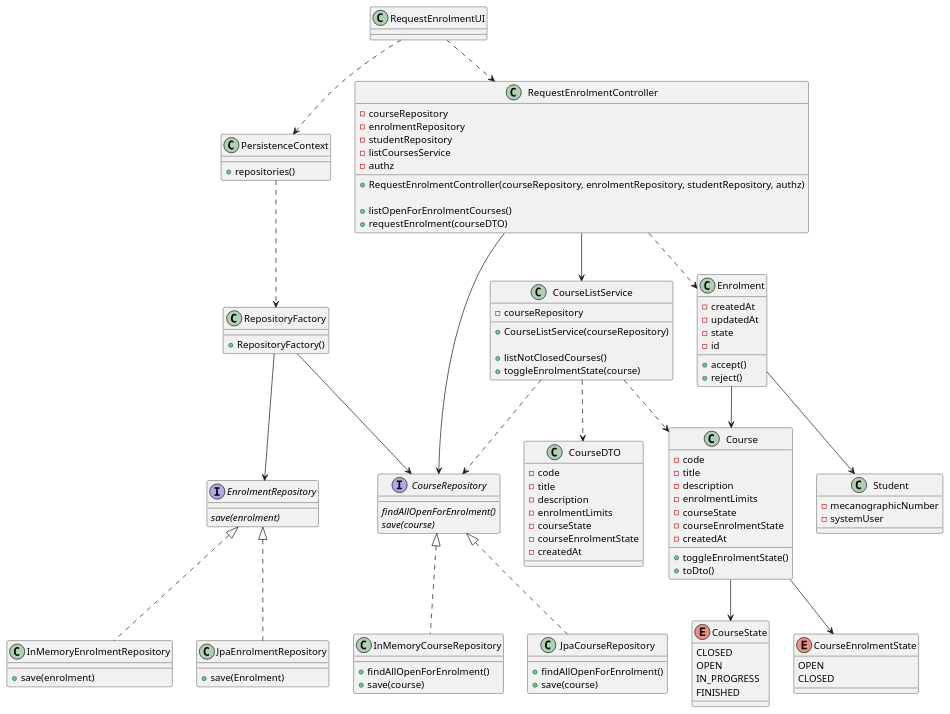
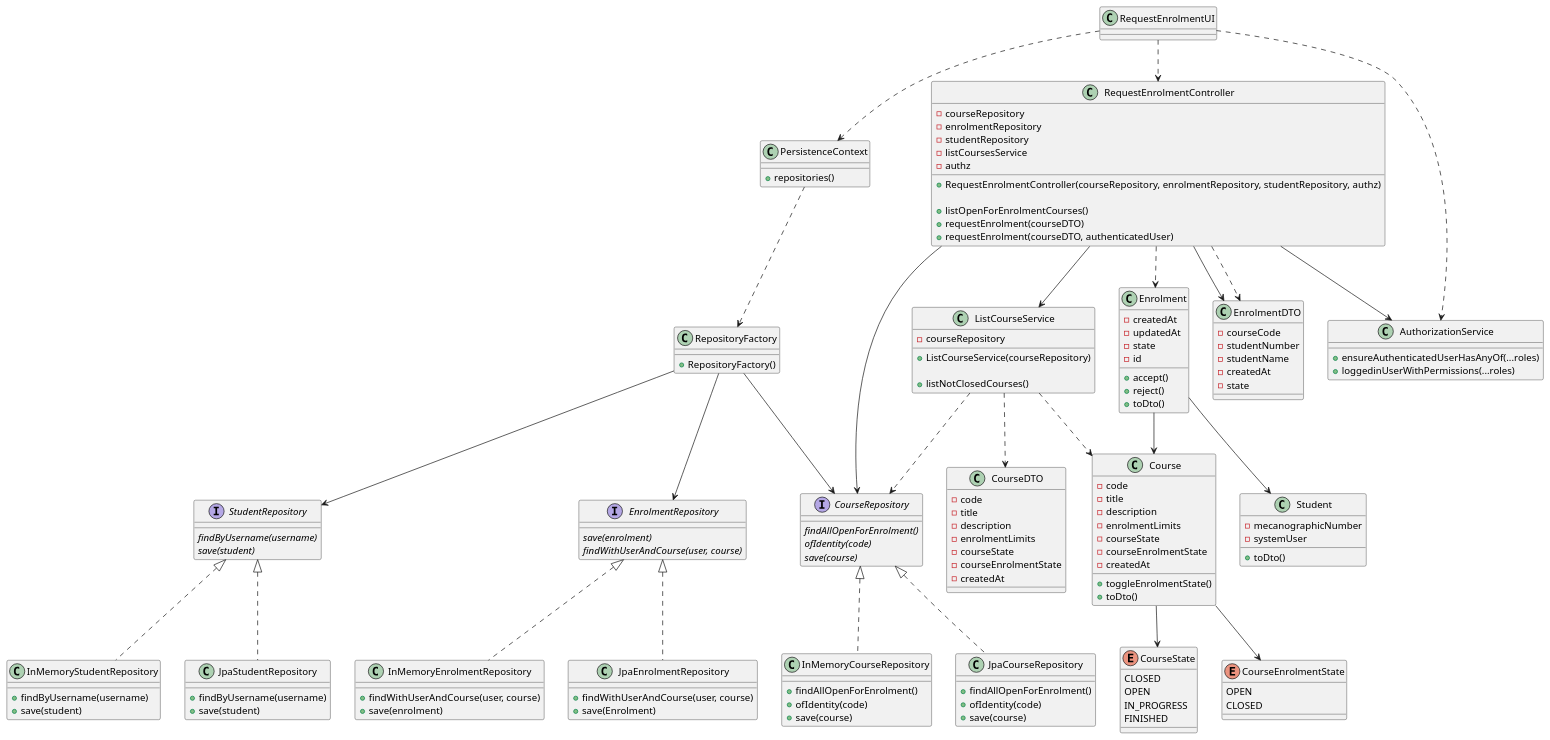
One commit to miseEnPlace-dev/lapr4 changed the diagram in docs/sprint-b/us14-1008/US1008_CD.puml. Above: the diagram before and after it, drawn with PlantUML. The commit also changed 36 other files, not shown here.

Commit message:
chore(docs): updated diagrams

```diff
--- a/docs/sprint-b/us14-1008/US1008_CD.puml
+++ b/docs/sprint-b/us14-1008/US1008_CD.puml
@@ -1,137 +1,184 @@
 @startuml US1003_CD
 
 class RepositoryFactory {
   + RepositoryFactory()
 }
 
 interface CourseRepository {
   {abstract} findAllOpenForEnrolment()
+  {abstract} ofIdentity(code)
   {abstract} save(course)
 }
 
 class InMemoryCourseRepository {
   + findAllOpenForEnrolment()
+  + ofIdentity(code)
   + save(course)
 }
 
 class JpaCourseRepository {
   + findAllOpenForEnrolment()
+  + ofIdentity(code)
   + save(course)
+}
+
+interface StudentRepository {
+  {abstract} findByUsername(username)
+  {abstract} save(student)
+}
+
+class InMemoryStudentRepository {
+  + findByUsername(username)
+  + save(student)
+}
+
+class JpaStudentRepository {
+  + findByUsername(username)
+  + save(student)
 }
 
 interface EnrolmentRepository {
   {abstract} save(enrolment)
+  {abstract} findWithUserAndCourse(user, course)
 }
 
 class InMemoryEnrolmentRepository {
+  + findWithUserAndCourse(user, course)
   + save(enrolment)
 }
 
 class JpaEnrolmentRepository {
+  + findWithUserAndCourse(user, course)
   + save(Enrolment)
 }
 
 class PersistenceContext {
   + repositories()
 }
 
-class CourseListService {
+class ListCourseService {
   - courseRepository
 
-  + CourseListService(courseRepository)
+  + ListCourseService(courseRepository)
 
   + listNotClosedCourses()
-  + toggleEnrolmentState(course)
 }
 
 class RequestEnrolmentUI {}
 
 class RequestEnrolmentController {
   - courseRepository
   - enrolmentRepository
   - studentRepository
   - listCoursesService
   - authz
 
   + RequestEnrolmentController(courseRepository, enrolmentRepository, studentRepository, authz)
 
   + listOpenForEnrolmentCourses()
   + requestEnrolment(courseDTO)
+  + requestEnrolment(courseDTO, authenticatedUser)
+}
+
+class AuthorizationService {
+  + ensureAuthenticatedUserHasAnyOf(...roles)
+  + loggedinUserWithPermissions(...roles)
 }
 
 class Course {
   - code
   - title
   - description
   - enrolmentLimits
   - courseState
   - courseEnrolmentState
   - createdAt
 
   + toggleEnrolmentState()
   + toDto()
 }
 
 class Student {
   - mecanographicNumber
   - systemUser
+
+  + toDto()
+}
+
+class EnrolmentDTO {
+  - courseCode
+  - studentNumber
+  - studentName
+  - createdAt
+  - state
 }
 
 class Enrolment {
   - createdAt
   - updatedAt
   - state
   - id
 
   + accept()
   + reject()
+  + toDto()
 }
 
 enum CourseState {
   CLOSED
   OPEN
   IN_PROGRESS
   FINISHED
 }
 
 enum CourseEnrolmentState {
   OPEN
   CLOSED
 }
 
 class CourseDTO {
   - code
   - title
   - description
   - enrolmentLimits
   - courseState
   - courseEnrolmentState
   - createdAt
 }
 
 RequestEnrolmentUI ..> RequestEnrolmentController
 RequestEnrolmentUI ..> PersistenceContext
-RequestEnrolmentController --> CourseListService
+RequestEnrolmentUI ..> AuthorizationService
+
+RequestEnrolmentController --> ListCourseService
+RequestEnrolmentController --> AuthorizationService
 RequestEnrolmentController ..> Enrolment
+RequestEnrolmentController --> EnrolmentDTO
+RequestEnrolmentController ..> EnrolmentDTO
+
 PersistenceContext ..> RepositoryFactory
 RepositoryFactory --> CourseRepository
 RepositoryFactory --> EnrolmentRepository
+RepositoryFactory --> StudentRepository
 
-CourseListService ..> Course
-CourseListService ..> CourseDTO
-CourseListService ..> CourseRepository
+ListCourseService ..> Course
+ListCourseService ..> CourseDTO
+ListCourseService ..> CourseRepository
 RequestEnrolmentController --> CourseRepository
 
 Enrolment --> Course
 Enrolment --> Student
 
 CourseRepository <|.. InMemoryCourseRepository
 CourseRepository <|.. JpaCourseRepository
 
 EnrolmentRepository <|.. InMemoryEnrolmentRepository
 EnrolmentRepository <|.. JpaEnrolmentRepository
 
+StudentRepository <|.. InMemoryStudentRepository
+StudentRepository <|.. JpaStudentRepository
+
 Course --> CourseState
 Course --> CourseEnrolmentState
 
 @enduml
```
